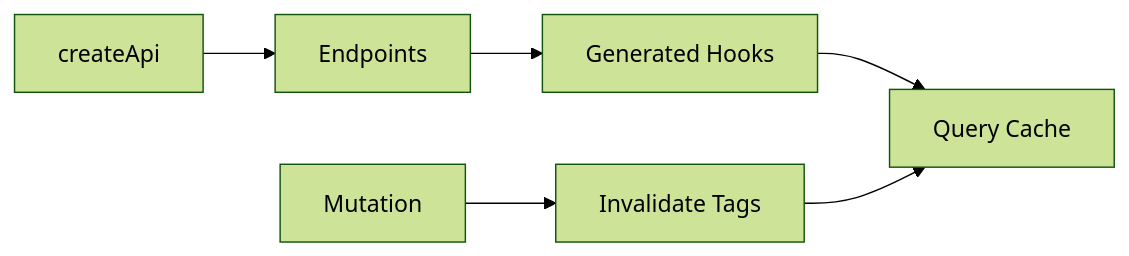
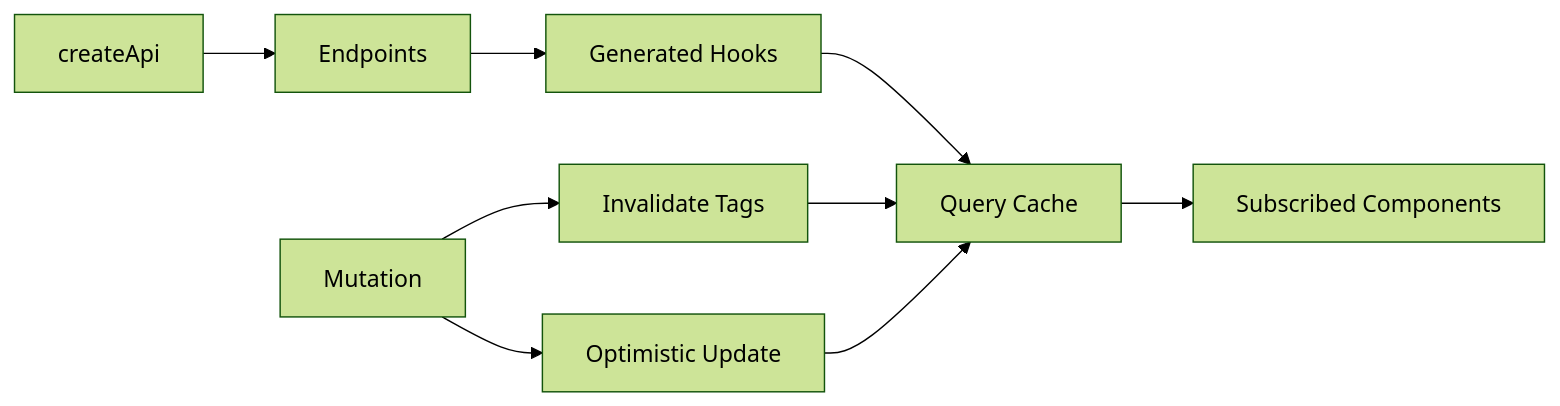
One commit to kaushalkumar8459/CodingTerminal-Tutorial-Notes changed the diagram in tutorial-platform/public/tutorials/react/day-055-rtk-query.md. Above: the diagram before and after it, drawn with Mermaid (forest theme). The commit also changed other lines of this file, not shown here.

````diff
--- a/tutorial-platform/public/tutorials/react/day-055-rtk-query.md
+++ b/tutorial-platform/public/tutorials/react/day-055-rtk-query.md
@@ -195,8 +279,11 @@
 ```mermaid
 flowchart LR
 		A[createApi] --> B[Endpoints]
 		B --> C[Generated Hooks]
 		C --> D[Query Cache]
-		E[Mutation] --> F[Invalidate Tags]
-		F --> D
+		D --> E[Subscribed Components]
+		F[Mutation] --> G[Invalidate Tags]
+		G --> D
+		F --> H[Optimistic Update]
+		H --> D
 ```
````
